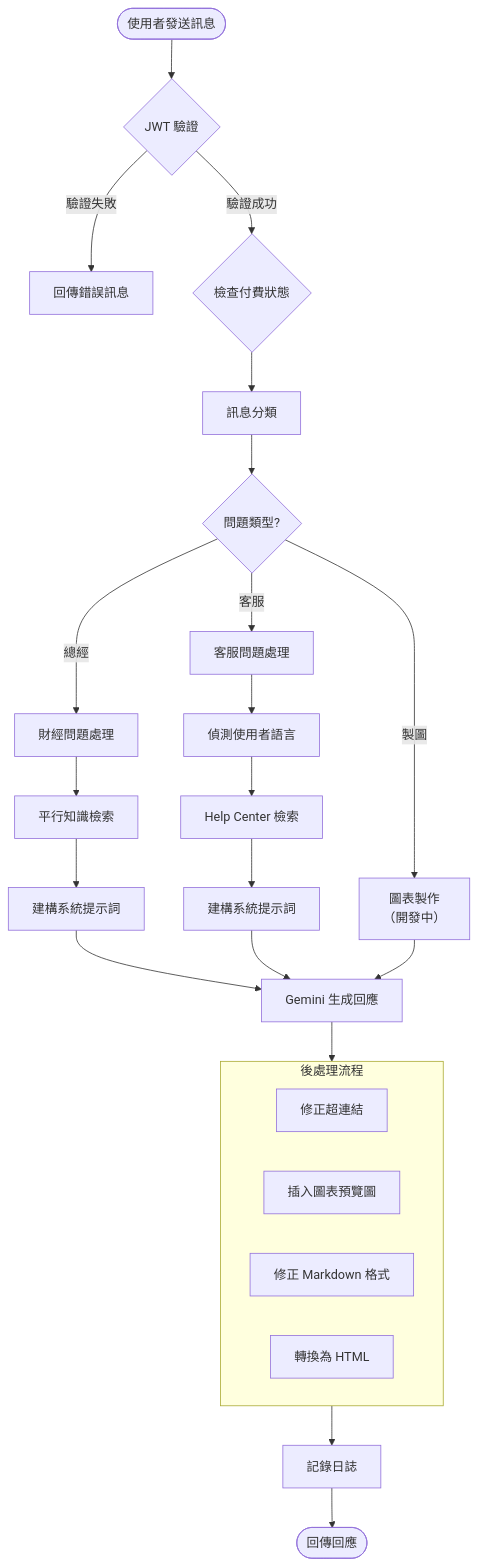
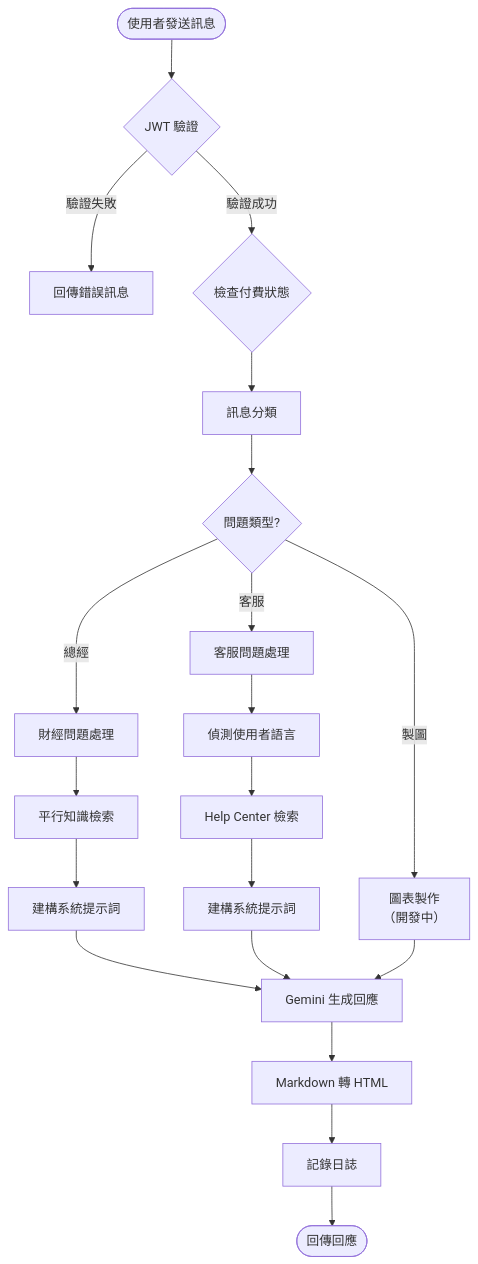
The second of 6 diagrams in ARCHITECTURE.md (x1001000/mm-madam-aws), drawn with Mermaid before and after one commit. The commit also changed other lines of this file and 1 other file, not shown here.

First line of the commit message:
Update README.md and ARCHITECTURE.md to reflect recent changes

````diff
--- a/ARCHITECTURE.md
+++ b/ARCHITECTURE.md
@@ -69,38 +78,30 @@
 ```mermaid
 flowchart TD
     Start([使用者發送訊息]) --> JWT{JWT 驗證}
 
     JWT -->|驗證失敗| Error[回傳錯誤訊息]
     JWT -->|驗證成功| CheckPaid{檢查付費狀態}
 
     CheckPaid --> Classify[訊息分類]
 
     Classify --> Type{問題類型?}
 
     Type -->|總經| Financial[財經問題處理]
     Type -->|客服| Support[客服問題處理]
     Type -->|製圖| Chart[圖表製作<br/>（開發中）]
 
     Financial --> ParallelRAG[平行知識檢索]
     ParallelRAG --> BuildPrompt1[建構系統提示詞]
 
     Support --> DetectLang[偵測使用者語言]
     DetectLang --> HelpCenterRAG[Help Center 檢索]
     HelpCenterRAG --> BuildPrompt2[建構系統提示詞]
 
     BuildPrompt1 --> Generate[Gemini 生成回應]
     BuildPrompt2 --> Generate
     Chart --> Generate
 
-    Generate --> PostProcess[後處理]
-
-    subgraph PostProcess[後處理流程]
-        FixURL[修正超連結]
-        InsertPreview[插入圖表預覽圖]
-        FixMarkdown[修正 Markdown 格式]
-        Convert[轉換為 HTML]
-    end
-
-    PostProcess --> Log[記錄日誌]
+    Generate --> Convert[Markdown 轉 HTML]
+    Convert --> Log[記錄日誌]
     Log --> Response([回傳回應])
 ```
````
